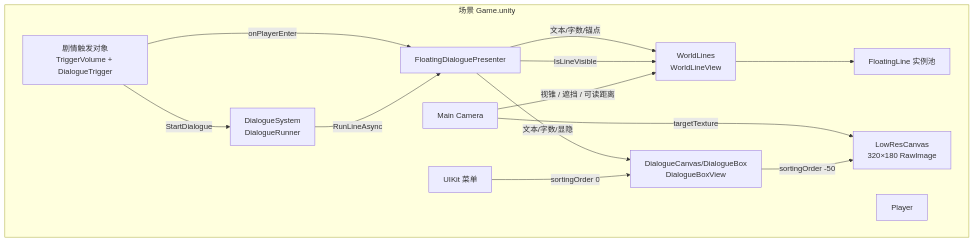
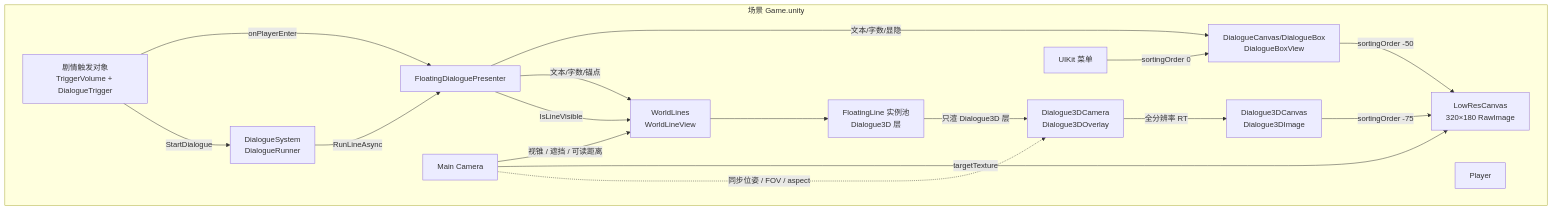
Before and after one commit to Yumihoshi/MakeYourChoice: the first of 3 diagrams in docs/superpowers/specs/2026-11-14-floating-3d-dialogue-design.md, drawn with Mermaid. The commit also changed other lines of this file and 8 other files, not shown here.

````diff
--- a/docs/superpowers/specs/2026-11-14-floating-3d-dialogue-design.md
+++ b/docs/superpowers/specs/2026-11-14-floating-3d-dialogue-design.md
@@ -370,27 +397,33 @@
 ```mermaid
 graph TD
     subgraph "场景 Game.unity"
         TRIG[剧情触发对象<br/>TriggerVolume + DialogueTrigger]
         PLAYER[Player]
         SYS[DialogueSystem<br/>DialogueRunner]
         PRES[FloatingDialoguePresenter]
         BOX[DialogueCanvas/DialogueBox<br/>DialogueBoxView]
         WL[WorldLines<br/>WorldLineView]
-        LINE[FloatingLine 实例池]
+        LINE[FloatingLine 实例池<br/>Dialogue3D 层]
         CAM[Main Camera]
+        CAM3D[Dialogue3DCamera<br/>Dialogue3DOverlay]
+        IMG3D[Dialogue3DCanvas<br/>Dialogue3DImage]
         LOW[LowResCanvas<br/>320×180 RawImage]
         UI[UIKit 菜单]
     end
 
     TRIG -->|onPlayerEnter| PRES
     TRIG -->|StartDialogue| SYS
     SYS -->|RunLineAsync| PRES
     PRES -->|文本/字数/显隐| BOX
     PRES -->|文本/字数/锚点| WL
     PRES -->|IsLineVisible| WL
     WL --> LINE
     CAM -->|视锥 / 遮挡 / 可读距离| WL
     CAM -->|targetTexture| LOW
+    CAM -.->|同步位姿 / FOV / aspect| CAM3D
+    LINE -->|只渲 Dialogue3D 层| CAM3D
+    CAM3D -->|全分辨率 RT| IMG3D
+    IMG3D -->|sortingOrder -75| LOW
     BOX -->|sortingOrder -50| LOW
     UI -->|sortingOrder 0| BOX
 ```
````
